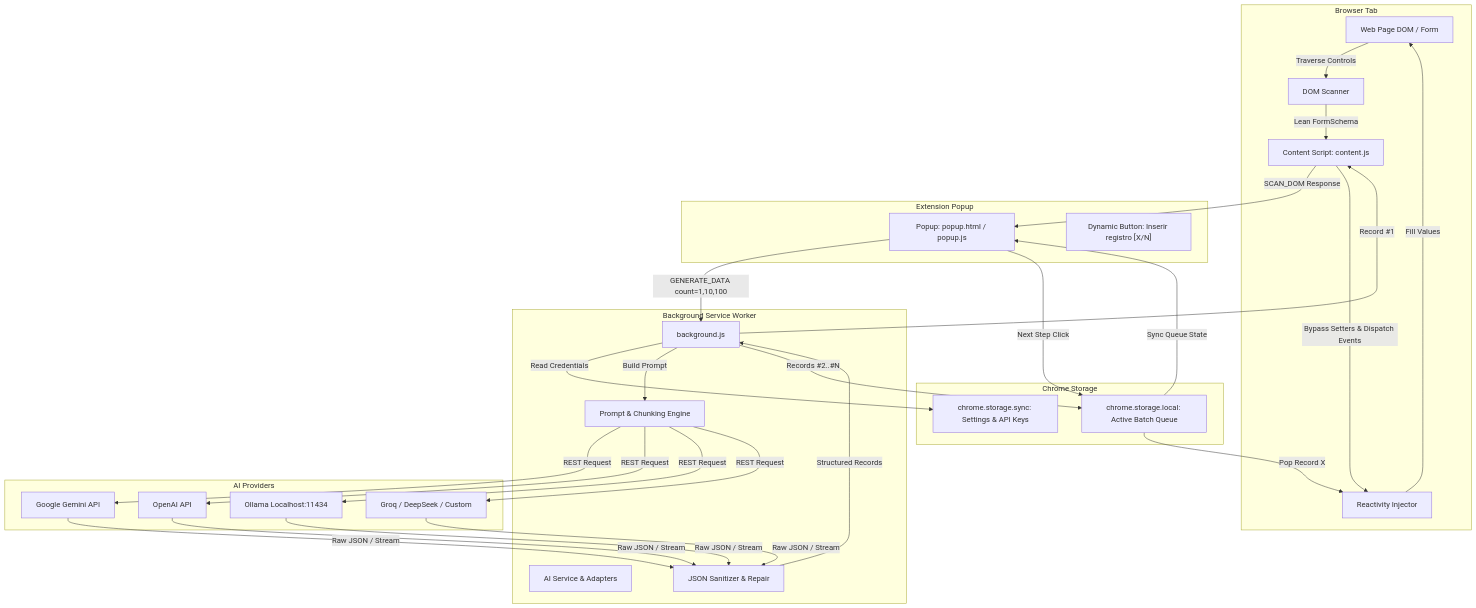
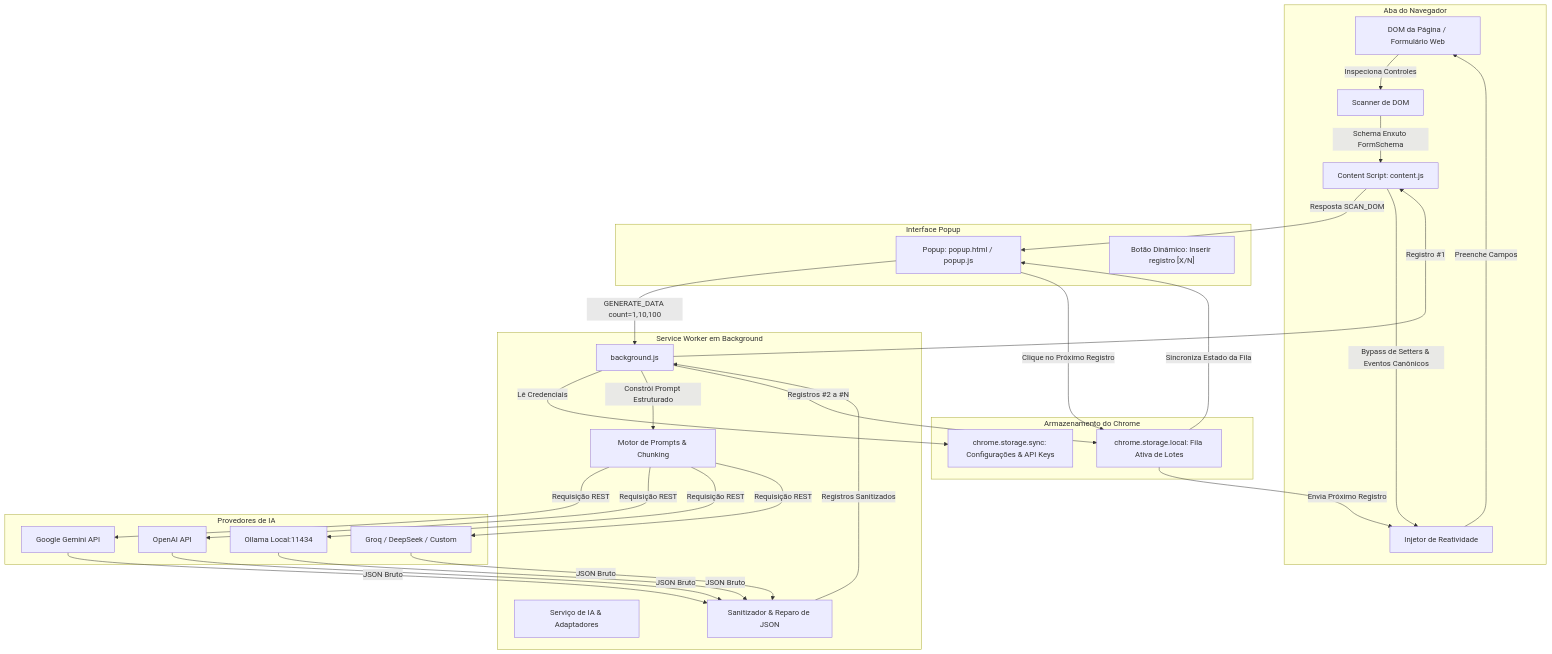
Before and after one commit to JoaoVictorOAS/gerarForms: the diagram in README.md, drawn with Mermaid. The commit also changed other lines of this file and 3 other files, not shown here.

Commit message:
feat(ai): update AI provider model presets to latest generations (Gemini 2.5/3.8, OpenAI o4/o3/gpt-5.4, Llama 3.3, DeepSeek)

````diff
--- a/README.md
+++ b/README.md
@@ -79,53 +79,53 @@
 ```mermaid
 flowchart TD
-    subgraph Browser Tab
-        DOM[Web Page DOM / Form]
+    subgraph Aba do Navegador
+        DOM[DOM da Página / Formulário Web]
         Content[Content Script: content.js]
-        Scanner[DOM Scanner]
-        Injector[Reactivity Injector]
+        Scanner[Scanner de DOM]
+        Injector[Injetor de Reatividade]
     end
 
-    subgraph Extension Popup
+    subgraph Interface Popup
         PopupUI[Popup: popup.html / popup.js]
-        StepBtn["Dynamic Button: Inserir registro [X/N]"]
+        StepBtn["Botão Dinâmico: Inserir registro [X/N]"]
     end
 
-    subgraph Background Service Worker
+    subgraph Service Worker em Background
         BG[background.js]
-        AIService[AI Service & Adapters]
-        PromptEngine[Prompt & Chunking Engine]
-        RepairEngine[JSON Sanitizer & Repair]
+        AIService[Serviço de IA & Adaptadores]
+        PromptEngine[Motor de Prompts & Chunking]
+        RepairEngine[Sanitizador & Reparo de JSON]
     end
 
-    subgraph Chrome Storage
-        StorageSync[chrome.storage.sync: Settings & API Keys]
-        StorageLocal[chrome.storage.local: Active Batch Queue]
+    subgraph Armazenamento do Chrome
+        StorageSync[chrome.storage.sync: Configurações & API Keys]
+        StorageLocal[chrome.storage.local: Fila Ativa de Lotes]
     end
 
-    subgraph AI Providers
+    subgraph Provedores de IA
         Gemini[Google Gemini API]
         OpenAI[OpenAI API]
-        Ollama[Ollama Localhost:11434]
+        Ollama[Ollama Local:11434]
         Custom[Groq / DeepSeek / Custom]
     end
 
-    DOM -->|Traverse Controls| Scanner
-    Scanner -->|Lean FormSchema| Content
-    Content -->|SCAN_DOM Response| PopupUI
+    DOM -->|Inspeciona Controles| Scanner
+    Scanner -->|Schema Enxuto FormSchema| Content
+    Content -->|Resposta SCAN_DOM| PopupUI
 
     PopupUI -->|GENERATE_DATA count=1,10,100| BG
-    BG -->|Read Credentials| StorageSync
-    BG -->|Build Prompt| PromptEngine
-    PromptEngine -->|REST Request| Gemini & OpenAI & Ollama & Custom
-    Gemini & OpenAI & Ollama & Custom -->|Raw JSON / Stream| RepairEngine
-    RepairEngine -->|Structured Records| BG
+    BG -->|Lê Credenciais| StorageSync
+    BG -->|Constrói Prompt Estruturado| PromptEngine
+    PromptEngine -->|Requisição REST| Gemini & OpenAI & Ollama & Custom
+    Gemini & OpenAI & Ollama & Custom -->|JSON Bruto| RepairEngine
+    RepairEngine -->|Registros Sanitizados| BG
 
-    BG -->|Record #1| Content
-    Content -->|Bypass Setters & Dispatch Events| Injector
-    Injector -->|Fill Values| DOM
+    BG -->|Registro #1| Content
+    Content -->|Bypass de Setters & Eventos Canônicos| Injector
+    Injector -->|Preenche Campos| DOM
 
-    BG -->|Records #2..#N| StorageLocal
-    StorageLocal -->|Sync Queue State| PopupUI
-    PopupUI -->|Next Step Click| StorageLocal
-    StorageLocal -->|Pop Record X| Injector
+    BG -->|Registros #2 a #N| StorageLocal
+    StorageLocal -->|Sincroniza Estado da Fila| PopupUI
+    PopupUI -->|Clique no Próximo Registro| StorageLocal
+    StorageLocal -->|Envia Próximo Registro| Injector
 ```
````
